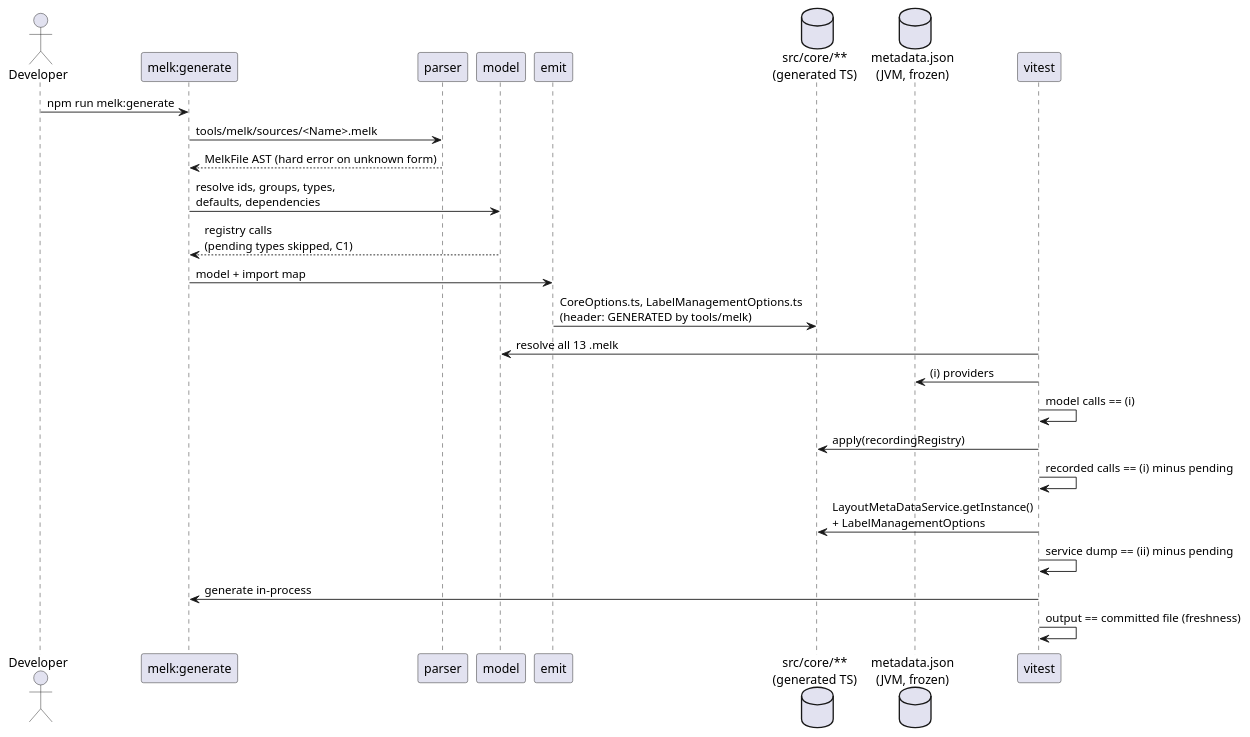
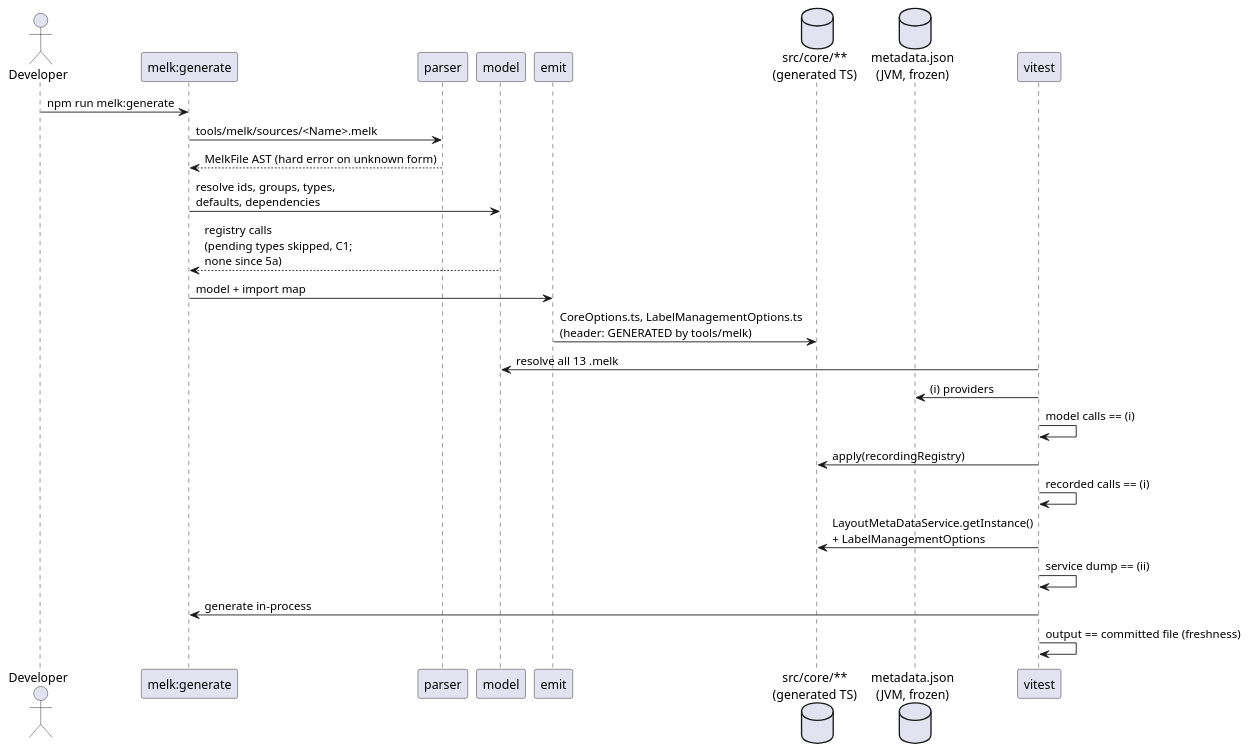
The diagram in docs/architecture/melk-codegen.md (knowvah/elk-engine), drawn with PlantUML before and after one commit. The commit also changed other lines of this file and 40 other files, not shown here.

````diff
--- a/docs/architecture/melk-codegen.md
+++ b/docs/architecture/melk-codegen.md
@@ -38,30 +38,30 @@
 ```plantuml
 @startuml
 actor Developer
 participant "melk:generate" as gen
 participant "parser" as parser
 participant "model" as model
 participant "emit" as emit
 database "src/core/**\n(generated TS)" as ts
 database "metadata.json\n(JVM, frozen)" as golden
 participant "vitest" as test
 
 Developer -> gen : npm run melk:generate
 gen -> parser : tools/melk/sources/<Name>.melk
 parser --> gen : MelkFile AST (hard error on unknown form)
 gen -> model : resolve ids, groups, types,\ndefaults, dependencies
-model --> gen : registry calls\n(pending types skipped, C1)
+model --> gen : registry calls\n(pending types skipped, C1;\nnone since 5a)
 gen -> emit : model + import map
 emit -> ts : CoreOptions.ts, LabelManagementOptions.ts\n(header: GENERATED by tools/melk)
 
 test -> model : resolve all 13 .melk
 test -> golden : (i) providers
 test -> test : model calls == (i)
 test -> ts : apply(recordingRegistry)
-test -> test : recorded calls == (i) minus pending
+test -> test : recorded calls == (i)
 test -> ts : LayoutMetaDataService.getInstance()\n+ LabelManagementOptions
-test -> test : service dump == (ii) minus pending
+test -> test : service dump == (ii)
 test -> gen : generate in-process
 test -> test : output == committed file (freshness)
 @enduml
 ```
````
